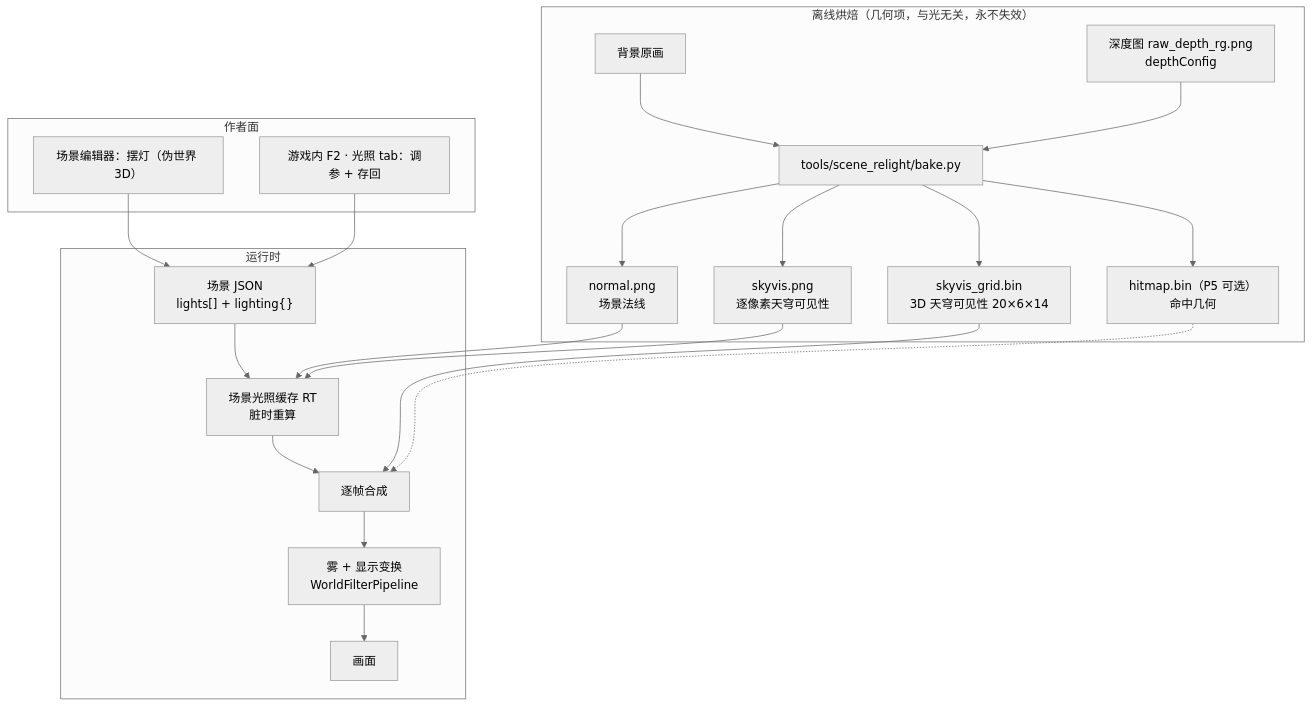
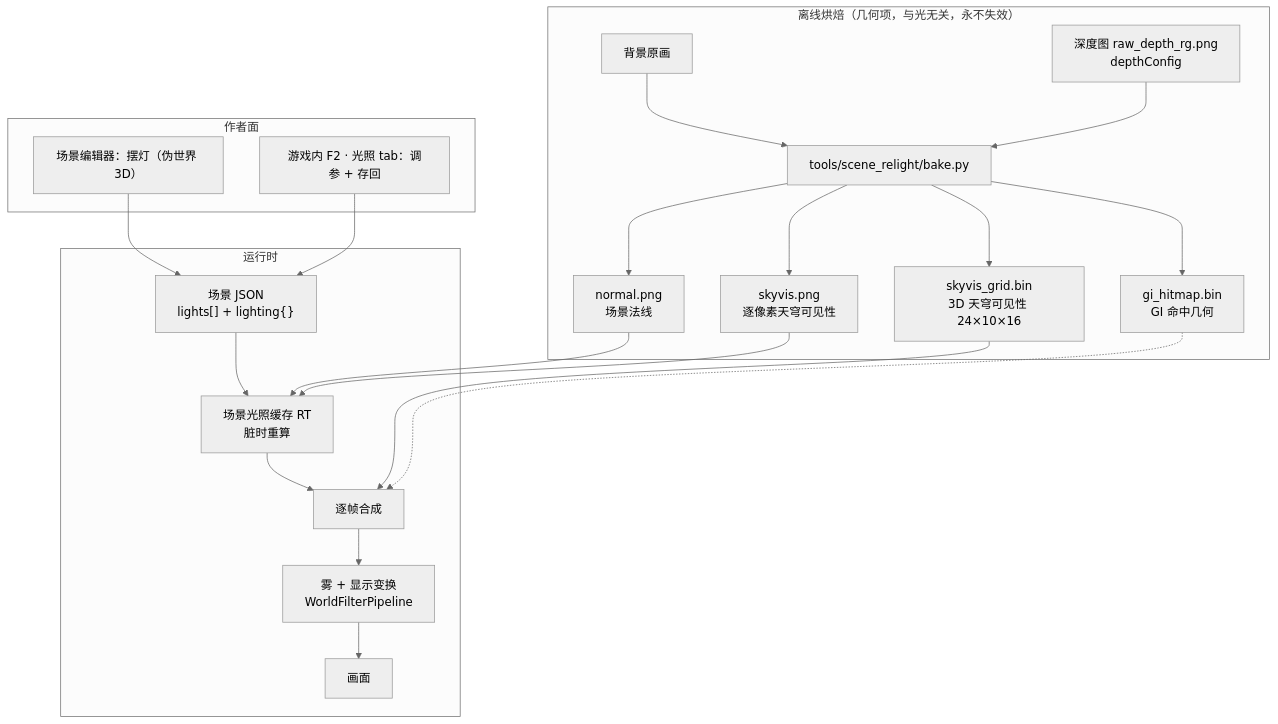
One commit to wubugui/GameDraft changed the second of 5 diagrams in artifact/Design/统一光影系统-实施方案-2026-08-20.md. Above: the diagram before and after it, drawn with Mermaid (neutral theme). The commit also changed other lines of this file and 163 other files, not shown here.

````diff
--- a/artifact/Design/统一光影系统-实施方案-2026-08-20.md
+++ b/artifact/Design/统一光影系统-实施方案-2026-08-20.md
@@ -56,32 +68,32 @@
 ```mermaid
 flowchart TB
   subgraph OFF["离线烘焙（几何项，与光无关，永不失效）"]
     BG["背景原画"] --> BAKE
     DEP["深度图 raw_depth_rg.png<br/>depthConfig"] --> BAKE
     BAKE["tools/scene_relight/bake.py"]
     BAKE --> NRM["normal.png<br/>场景法线"]
     BAKE --> SKY["skyvis.png<br/>逐像素天穹可见性"]
-    BAKE --> SKG["skyvis_grid.bin<br/>3D 天穹可见性 20×6×14"]
-    BAKE --> HIT["hitmap.bin（P5 可选）<br/>命中几何"]
+    BAKE --> SKG["skyvis_grid.bin<br/>3D 天穹可见性 24×10×16"]
+    BAKE --> HIT["gi_hitmap.bin<br/>GI 命中几何"]
   end
 
   subgraph AUTH["作者面"]
     ED["场景编辑器：摆灯（伪世界 3D）"]
     F2["游戏内 F2 · 光照 tab：调参 + 存回"]
   end
 
   subgraph RT["运行时"]
     CACHE["场景光照缓存 RT<br/>脏时重算"]
     FRAME["逐帧合成"]
     ED --> JSON["场景 JSON<br/>lights[] + lighting{}"]
     F2 --> JSON
     JSON --> CACHE
     NRM --> CACHE
     SKY --> CACHE
     CACHE --> FRAME
     SKG --> FRAME
     HIT -.-> FRAME
     FRAME --> POST["雾 + 显示变换<br/>WorldFilterPipeline"]
     POST --> SCREEN["画面"]
   end
 ```
````
